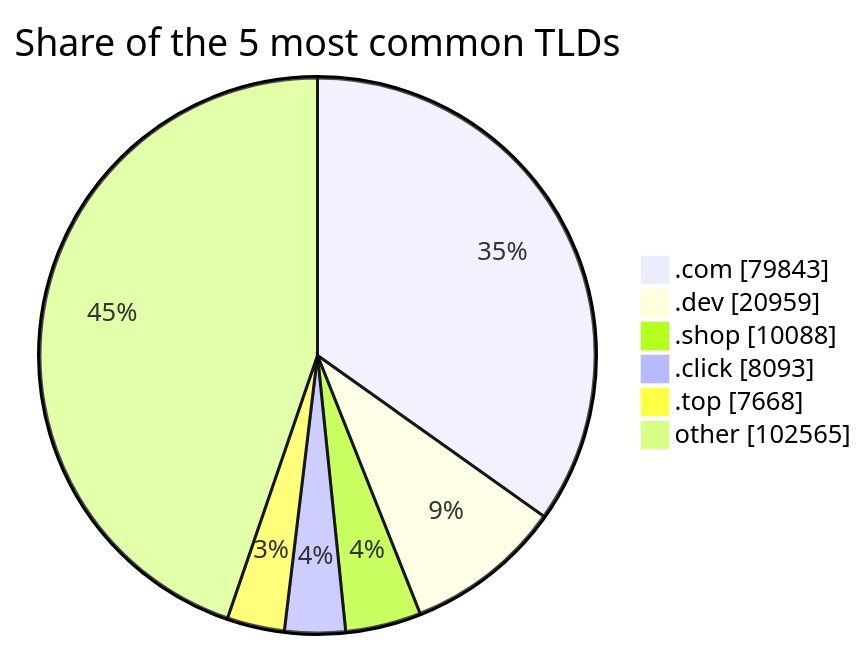
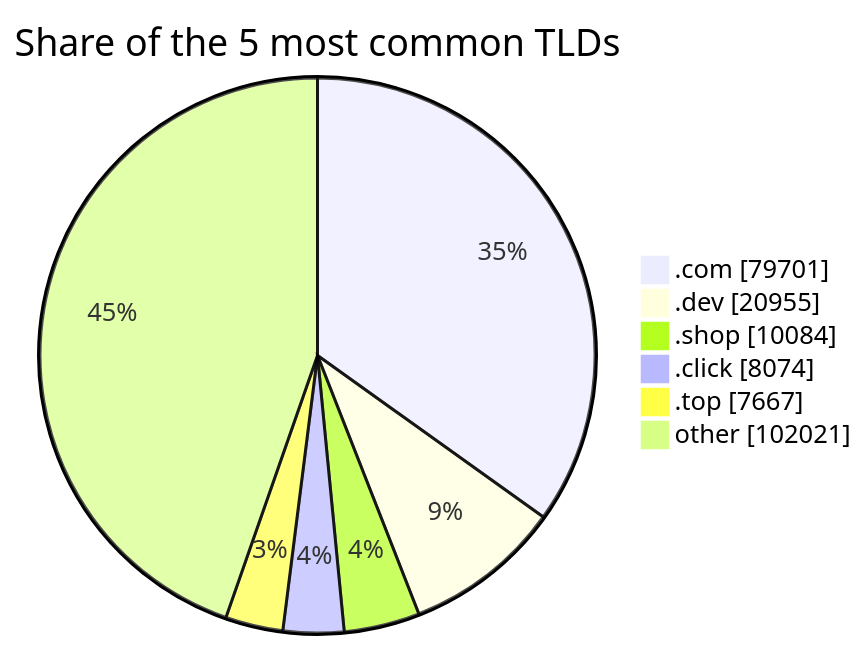
Before and after one commit to DNSBunker/CTI: the third of 3 diagrams in README.md, drawn with Mermaid. The commit also changed other lines of this file and 3 other files, not shown here.

````diff
--- a/README.md
+++ b/README.md
@@ -81,9 +81,9 @@
 ```mermaid
 pie showData title Share of the 5 most common TLDs
-    ".com" : 79843
-    ".dev" : 20959
-    ".shop" : 10088
-    ".click" : 8093
-    ".top" : 7668
-    "other" : 102565
+    ".com" : 79701
+    ".dev" : 20955
+    ".shop" : 10084
+    ".click" : 8074
+    ".top" : 7667
+    "other" : 102021
 ```
````
